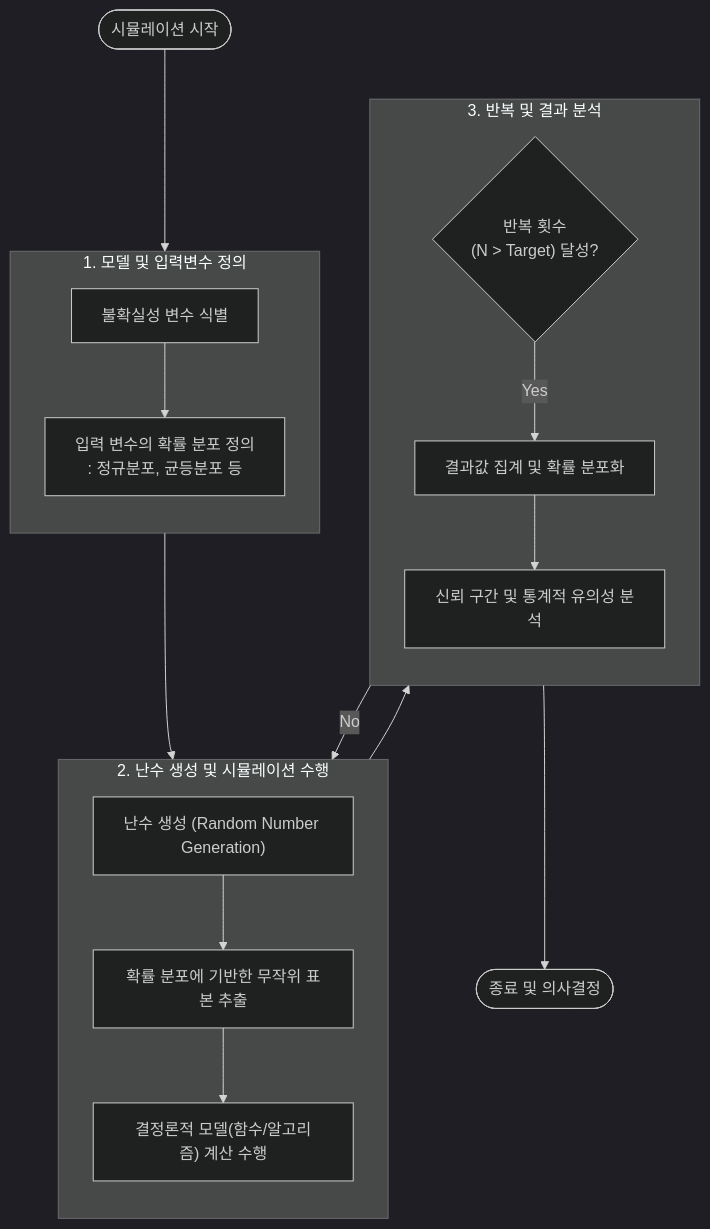
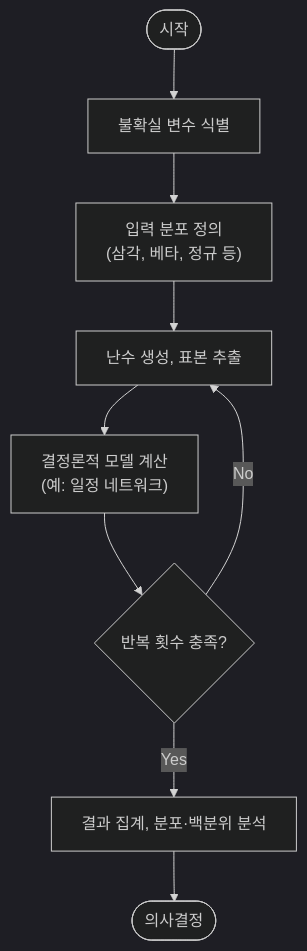
The diagram in content/01_IT Tech/몬테카를로 시뮬레이션.md (supremethumb/supremethumb.github.io), drawn with Mermaid (dark theme) before and after one commit. The commit also changed other lines of this file and 1087 other files, not shown here.

````diff
--- a/content/01_IT Tech/몬테카를로 시뮬레이션.md
+++ b/content/01_IT Tech/몬테카를로 시뮬레이션.md
@@ -33,29 +34,11 @@
 ```mermaid
 flowchart TB
-    Start([시뮬레이션 시작])
-    
-    subgraph Phase1 [1. 모델 및 입력변수 정의]
-        direction TB
-        Identify[불확실성 변수 식별] --> Dist[입력 변수의 확률 분포 정의<br/>: 정규분포, 균등분포 등]
-    end
-    
-    subgraph Phase2 [2. 난수 생성 및 시뮬레이션 수행]
-        direction TB
-        RNG["난수 생성 (Random Number Generation)"] --> Sampling["확률 분포에 기반한 무작위 표본 추출"]
-        Sampling --> Execution["결정론적 모델(함수/알고리즘) 계산 수행"]
-    end
-    
-    subgraph Phase3 [3. 반복 및 결과 분석]
-        direction TB
-        Cond{"반복 횟수<br/>(N > Target) 달성?"}
-        Aggr["결과값 집계 및 확률 분포화"] --> CI["신뢰 구간 및 통계적 유의성 분석"]
-    end
-    
-    Start --> Phase1
-    Phase1 --> RNG
-    Execution --> Cond
-    Cond -- "No" --> RNG
-    Cond -- "Yes" --> Aggr
-    Phase3 --> End([종료 및 의사결정])
-
+    S(["시작"]) --> P1["불확실 변수 식별"]
+    P1 --> P2["입력 분포 정의<br/>(삼각, 베타, 정규 등)"]
+    P2 --> R["난수 생성, 표본 추출"]
+    R --> M["결정론적 모델 계산<br/>(예: 일정 네트워크)"]
+    M --> C{"반복 횟수 충족?"}
+    C -- "No" --> R
+    C -- "Yes" --> A["결과 집계, 분포·백분위 분석"]
+    A --> E(["의사결정"])
 ```
````
